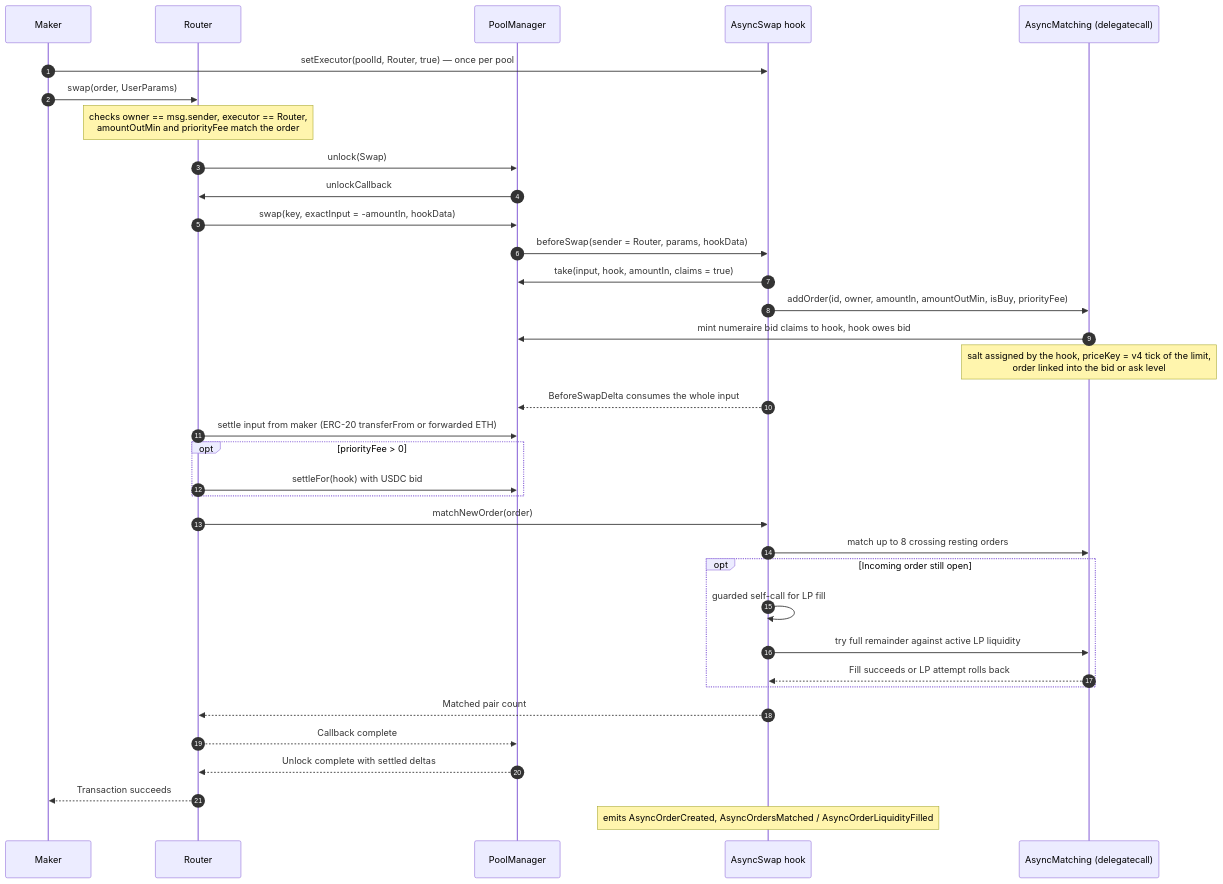
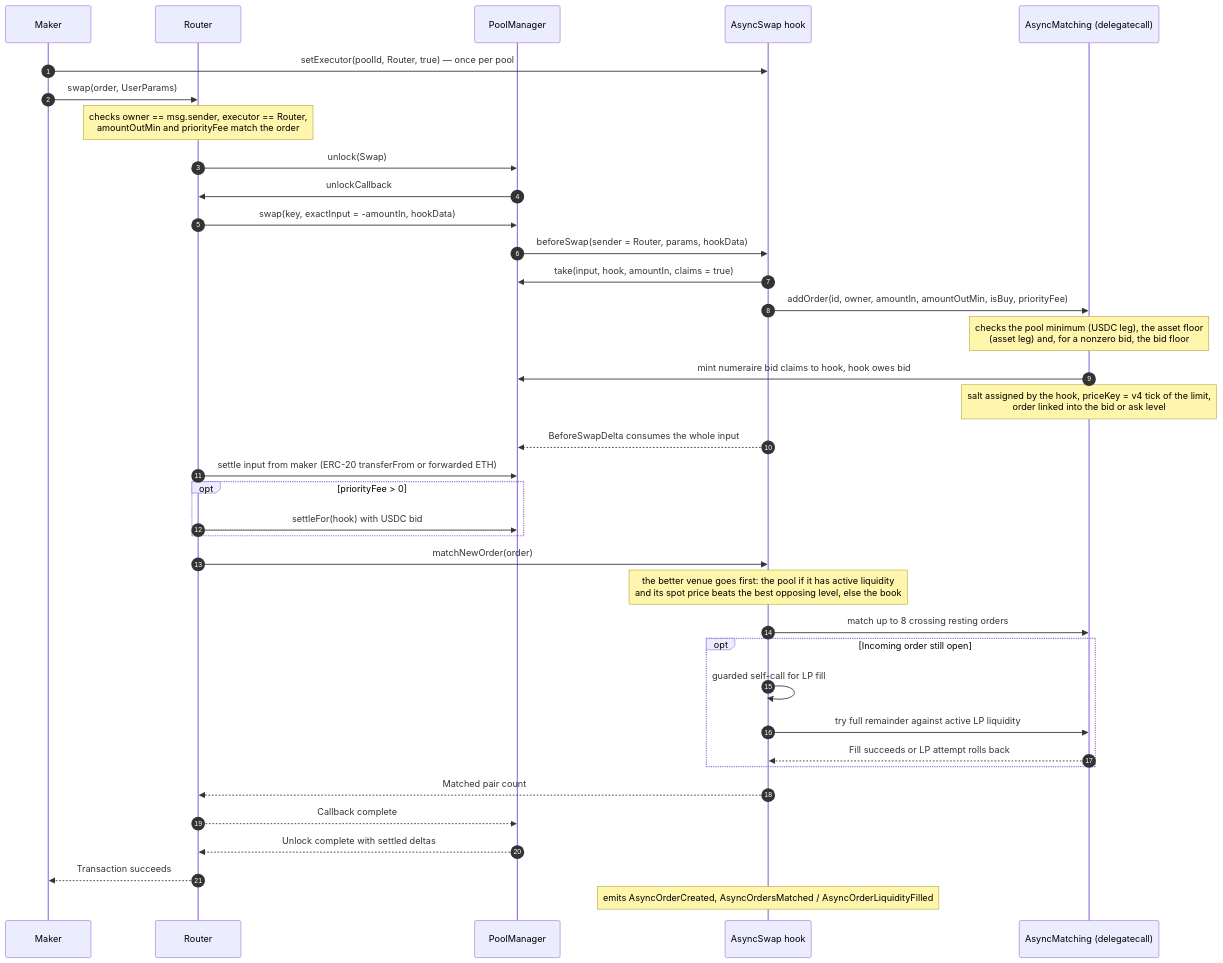
One commit to asyncswap/contracts changed the third of 5 diagrams in docs/protocol.md. Above: the diagram before and after it, drawn with Mermaid. The commit also changed other lines of this file and 43 other files, not shown here.

````diff
--- a/docs/protocol.md
+++ b/docs/protocol.md
@@ -154,38 +182,40 @@
 ```mermaid
 sequenceDiagram
     autonumber
     participant M as Maker
     participant R as Router
     participant PM as PoolManager
     participant H as AsyncSwap hook
     participant AM as AsyncMatching (delegatecall)
 
     M->>H: setExecutor(poolId, Router, true) — once per pool
     M->>R: swap(order, UserParams)
     Note over R: checks owner == msg.sender, executor == Router,<br/>amountOutMin and priorityFee match the order
     R->>PM: unlock(Swap)
     PM->>R: unlockCallback
     R->>PM: swap(key, exactInput = -amountIn, hookData)
     PM->>H: beforeSwap(sender = Router, params, hookData)
     H->>PM: take(input, hook, amountIn, claims = true)
     H->>AM: addOrder(id, owner, amountIn, amountOutMin, isBuy, priorityFee)
+    Note over AM: checks the pool minimum (USDC leg), the asset floor<br/>(asset leg) and, for a nonzero bid, the bid floor
     AM->>PM: mint numeraire bid claims to hook, hook owes bid
     Note over AM: salt assigned by the hook, priceKey = v4 tick of the limit,<br/>order linked into the bid or ask level
     H-->>PM: BeforeSwapDelta consumes the whole input
     R->>PM: settle input from maker (ERC-20 transferFrom or forwarded ETH)
     opt priorityFee > 0
         R->>PM: settleFor(hook) with USDC bid
     end
     R->>H: matchNewOrder(order)
+    Note over H: the better venue goes first: the pool if it has active liquidity<br/>and its spot price beats the best opposing level, else the book
     H->>AM: match up to 8 crossing resting orders
     opt Incoming order still open
         H->>H: guarded self-call for LP fill
         H->>AM: try full remainder against active LP liquidity
         AM-->>H: Fill succeeds or LP attempt rolls back
     end
     H-->>R: Matched pair count
     R-->>PM: Callback complete
     PM-->>R: Unlock complete with settled deltas
     R-->>M: Transaction succeeds
     Note over H: emits AsyncOrderCreated, AsyncOrdersMatched / AsyncOrderLiquidityFilled
 ```
````
